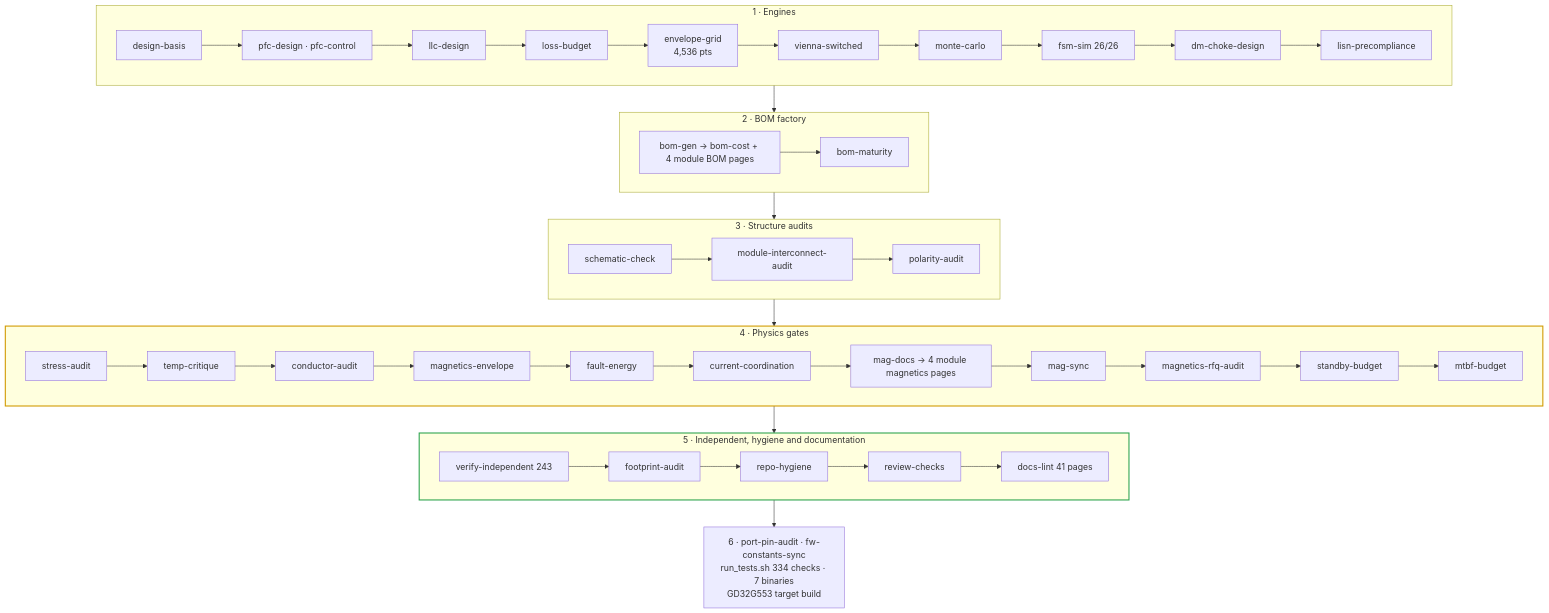
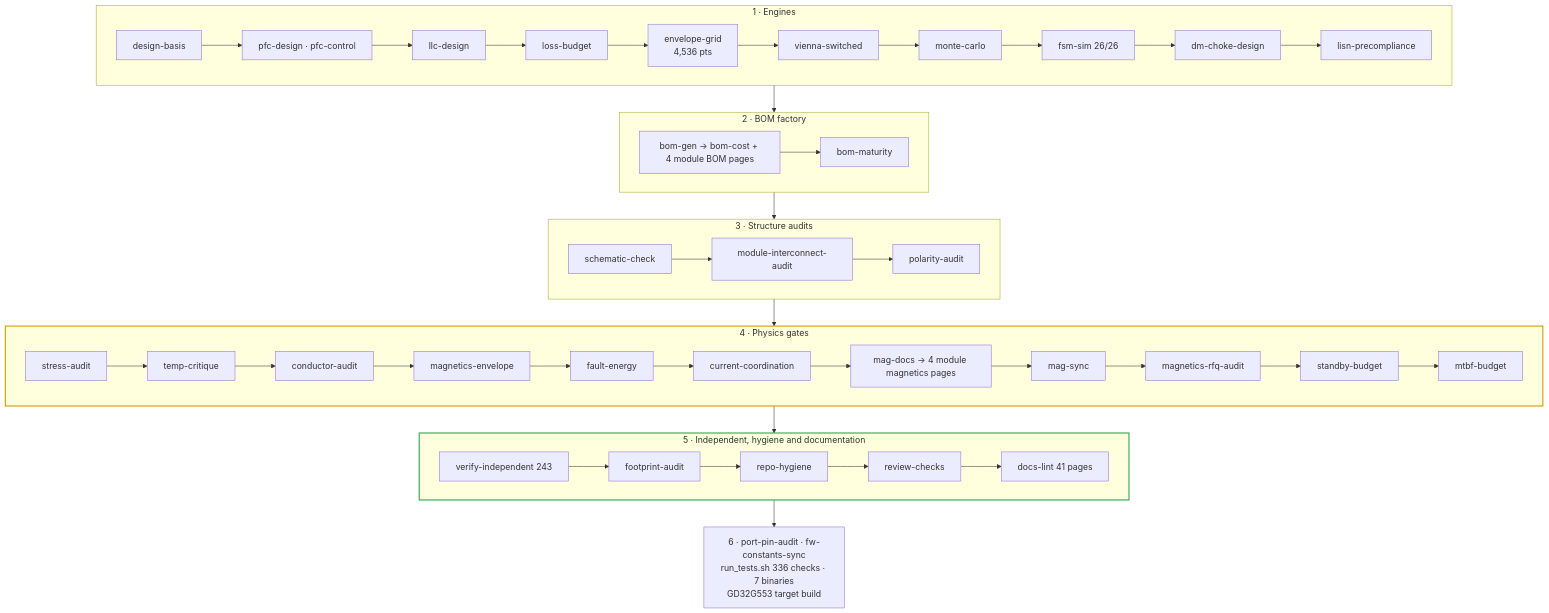
Before and after one commit to vectivolt/DC-Modules: the first of 2 diagrams in calculations/README.md, drawn with Mermaid. The commit also changed other lines of this file and 22 other files, not shown here.

````diff
--- a/calculations/README.md
+++ b/calculations/README.md
@@ -37,29 +37,29 @@
 ```mermaid
 flowchart TB
   subgraph ENG["1 · Engines"]
     direction LR
     DB["design-basis"] --> PFC["pfc-design · pfc-control"] --> LLC["llc-design"] --> LOSS["loss-budget"]
     LOSS --> GRID["envelope-grid<br/>4,536 pts"] --> VS["vienna-switched"] --> MC["monte-carlo"] --> FSM["fsm-sim 26/26"]
     FSM --> DM["dm-choke-design"] --> LISN["lisn-precompliance"]
   end
   subgraph BOM["2 · BOM factory"]
     direction LR
     BG["bom-gen → bom-cost + 4 module BOM pages"] --> BM["bom-maturity"]
   end
   subgraph STR["3 · Structure audits"]
     direction LR
     SC["schematic-check"] --> MIA["module-interconnect-audit"] --> PA["polarity-audit"]
   end
   subgraph PHY["4 · Physics gates"]
     direction LR
     SA["stress-audit"] --> TC["temp-critique"] --> CA["conductor-audit"] --> ME["magnetics-envelope"] --> FE["fault-energy"] --> CC["current-coordination"] --> MD["mag-docs → 4 module magnetics pages"] --> MS["mag-sync"] --> RFQ["magnetics-rfq-audit"] --> SBY["standby-budget"] --> MTB["mtbf-budget"]
   end
   subgraph IND["5 · Independent, hygiene and documentation"]
     direction LR
     VI["verify-independent 243"] --> FP["footprint-audit"] --> RH["repo-hygiene"] --> RC["review-checks"] --> DL["docs-lint 41 pages"]
   end
-  FW["6 · port-pin-audit · fw-constants-sync<br/>run_tests.sh 334 checks · 7 binaries<br/>GD32G553 target build"]
+  FW["6 · port-pin-audit · fw-constants-sync<br/>run_tests.sh 336 checks · 7 binaries<br/>GD32G553 target build"]
   ENG --> BOM --> STR --> PHY --> IND --> FW
   style PHY stroke:#d19a00,stroke-width:2px
   style IND stroke:#2ea44f,stroke-width:2px
 ```
````
